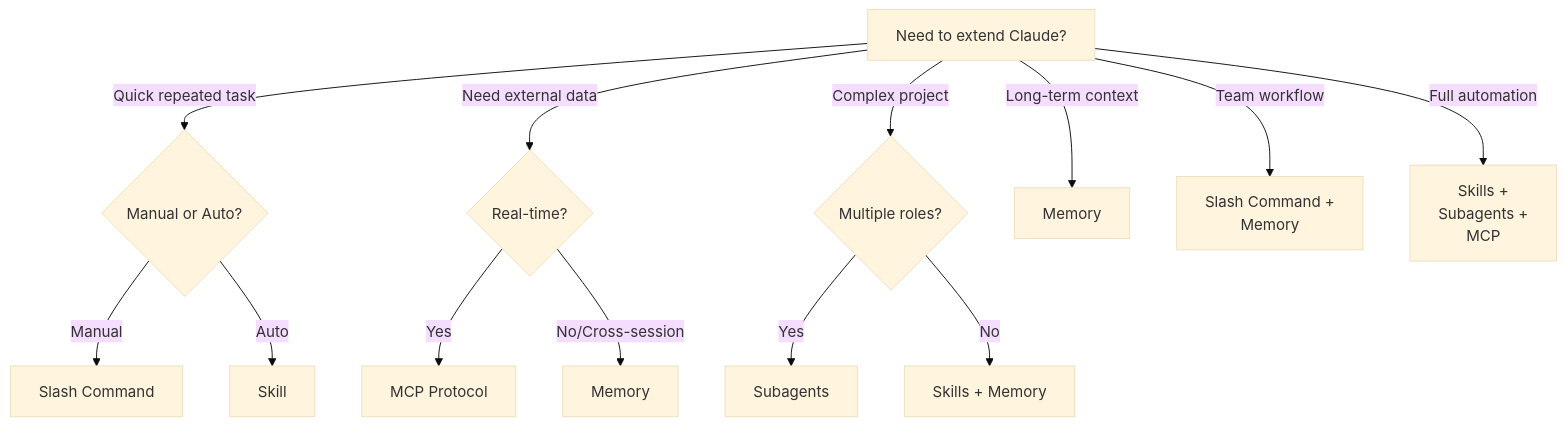
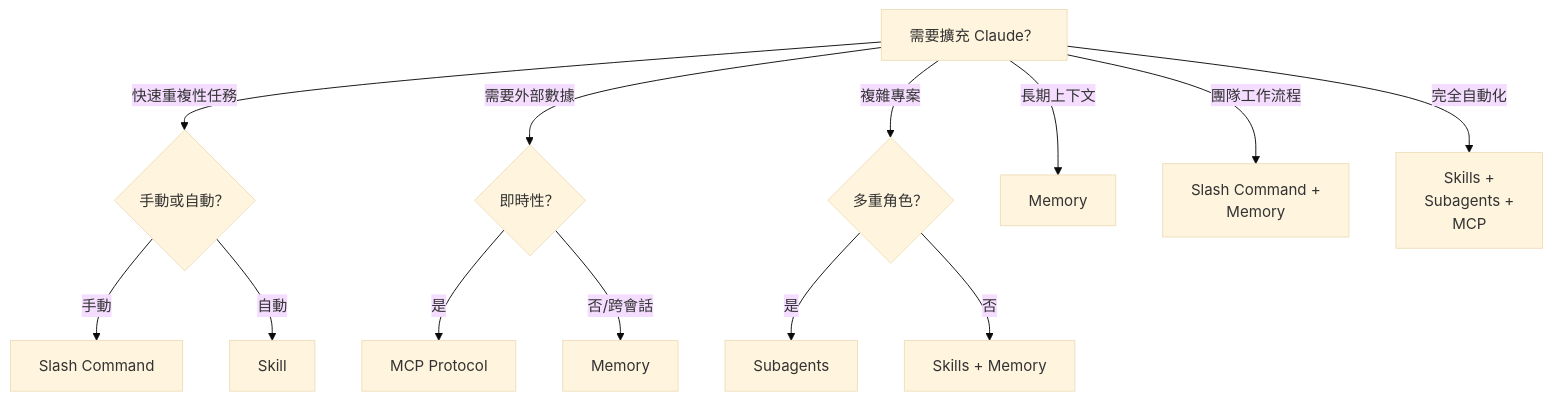
Diagram 20 of 20 in claude_concepts_guide.md (huckly/claude-howto-zh-tw), drawn with Mermaid (base theme) before and after one commit. The commit also changed other lines of this file and 8 other files, not shown here.

````diff
--- a/claude_concepts_guide.md
+++ b/claude_concepts_guide.md
@@ -2696,20 +2764,20 @@
 ```mermaid
 graph TD
-    Start["Need to extend Claude?"]
+    Start["需要擴充 Claude？"]
 
-    Start -->|Quick repeated task| A{"Manual or Auto?"}
-    A -->|Manual| B["Slash Command"]
-    A -->|Auto| C["Skill"]
+    Start -->|快速重複性任務| A{"手動或自動？"}
+    A -->|手動| B["Slash Command"]
+    A -->|自動| C["Skill"]
 
-    Start -->|Need external data| D{"Real-time?"}
-    D -->|Yes| E["MCP Protocol"]
-    D -->|No/Cross-session| F["Memory"]
+    Start -->|需要外部數據| D{"即時性？"}
+    D -->|是| E["MCP Protocol"]
+    D -->|否/跨會話| F["Memory"]
 
-    Start -->|Complex project| G{"Multiple roles?"}
-    G -->|Yes| H["Subagents"]
-    G -->|No| I["Skills + Memory"]
+    Start -->|複雜專案| G{"多重角色？"}
+    G -->|是| H["Subagents"]
+    G -->|否| I["Skills + Memory"]
 
-    Start -->|Long-term context| J["Memory"]
-    Start -->|Team workflow| K["Slash Command +<br/>Memory"]
-    Start -->|Full automation| L["Skills +<br/>Subagents +<br/>MCP"]
+    Start -->|長期上下文| J["Memory"]
+    Start -->|團隊工作流程| K["Slash Command +<br/>Memory"]
+    Start -->|完全自動化| L["Skills +<br/>Subagents +<br/>MCP"]
 ```
````
